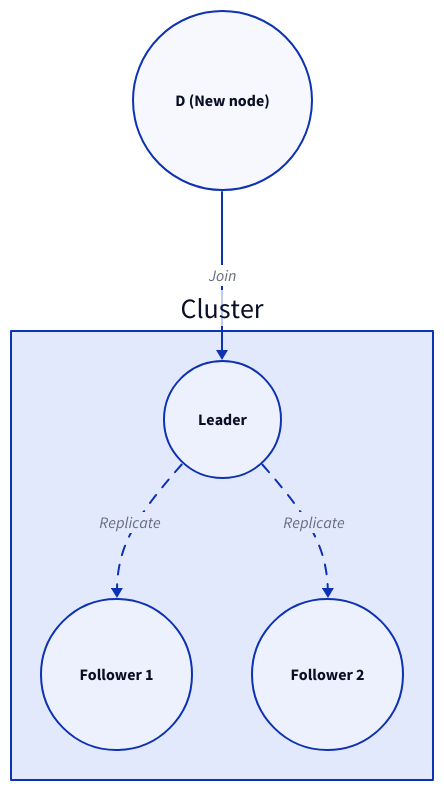
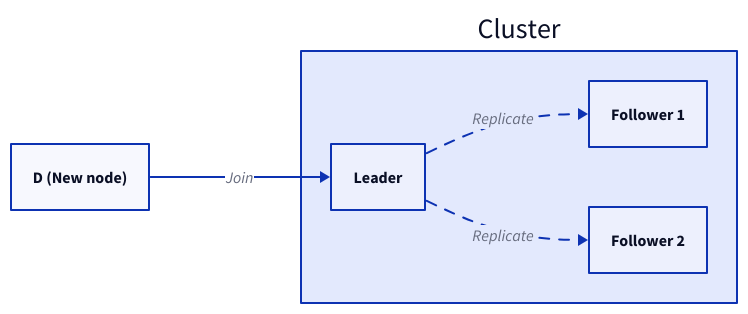
Before and after one commit to link1905/system-design-101: diagram 12 of 12 in content/docs/data-persistence/distributed-database/peer-to-peer-architecture/consensus-protocol.md, drawn with D2. The commit also changed other lines of this file and 40 other files, not shown here.

````diff
--- a/content/docs/data-persistence/distributed-database/peer-to-peer-architecture/consensus-protocol.md
+++ b/content/docs/data-persistence/distributed-database/peer-to-peer-architecture/consensus-protocol.md
@@ -408,23 +424,24 @@
 ```d2
+direction: right
 c: Cluster {
    a: Leader {
-      shape: circle
+    class: server
    }
    b: Follower 1 {
-      shape: circle
+    class: server
    }
    c: Follower 2 {
-      shape: circle
+    class: server
    }
 }
 n: D (New node) {
-   shape: circle
+  class: server
 }
-n -> c.a: Join 
+n -> c.a: Join
 c.a -> c.b: Replicate {
    style.animated: true
 }
 c.a -> c.c: Replicate {
    style.animated: true
 }
 ```
````
